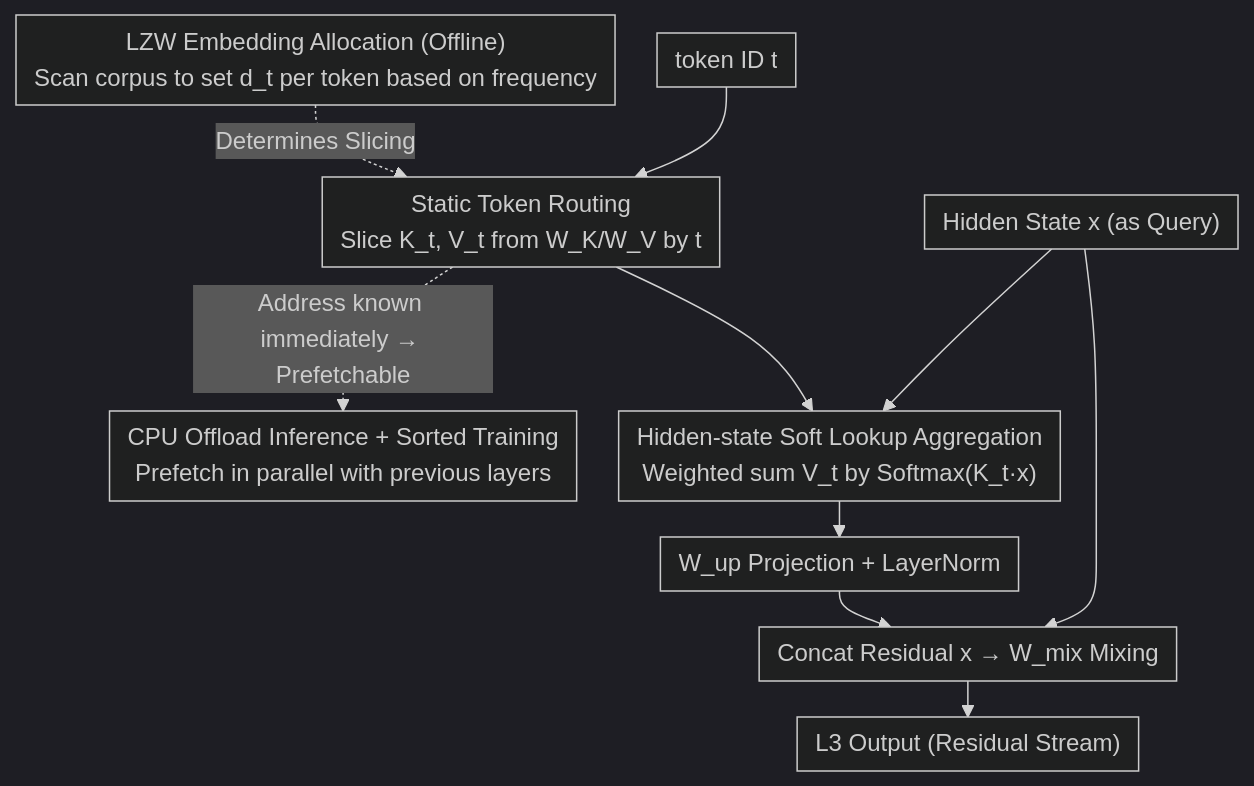
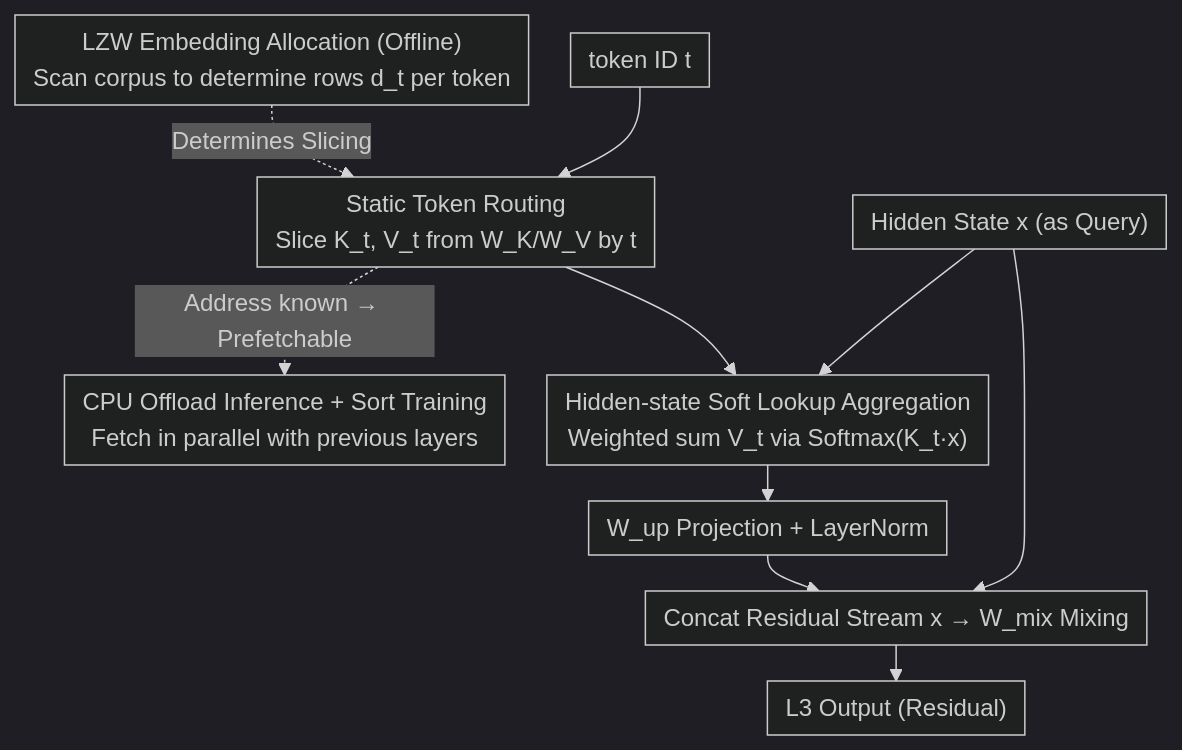
One commit to zhaoyang97/Paper-Notes-en changed the diagram in docs/ICML2026/llm_efficiency/l3_large_lookup_layers.md. Above: the diagram before and after it, drawn with Mermaid (dark theme). The commit also changed other lines of this file and 5084 other files, not shown here.

````diff
--- a/docs/ICML2026/llm_efficiency/l3_large_lookup_layers.md
+++ b/docs/ICML2026/llm_efficiency/l3_large_lookup_layers.md
@@ -49,16 +49,16 @@
 ```mermaid
 %%{init: {'flowchart': {'rankSpacing': 24, 'nodeSpacing': 28, 'padding': 6, 'wrappingWidth': 400}}}%%
 flowchart TD
-    ALLOC["LZW Embedding Allocation (Offline)<br/>Scan corpus to set d_t per token based on frequency"]
+    ALLOC["LZW Embedding Allocation (Offline)<br/>Scan corpus to determine rows d_t per token"]
     T["token ID t"]
     X["Hidden State x (as Query)"]
     ALLOC -.Determines Slicing.-> ROUTE
     T --> ROUTE["Static Token Routing<br/>Slice K_t, V_t from W_K/W_V by t"]
-    ROUTE -.Address known immediately → Prefetchable.-> OFF["CPU Offload Inference + Sorted Training<br/>Prefetch in parallel with previous layers"]
-    ROUTE --> AGG["Hidden-state Soft Lookup Aggregation<br/>Weighted sum V_t by Softmax(K_t·x)"]
+    ROUTE -.Address known → Prefetchable.-> OFF["CPU Offload Inference + Sort Training<br/>Fetch in parallel with previous layers"]
+    ROUTE --> AGG["Hidden-state Soft Lookup Aggregation<br/>Weighted sum V_t via Softmax(K_t·x)"]
     X --> AGG
     AGG --> UP["W_up Projection + LayerNorm"]
-    UP --> MIX["Concat Residual x → W_mix Mixing"]
+    UP --> MIX["Concat Residual Stream x → W_mix Mixing"]
     X --> MIX
-    MIX --> OUT["L3 Output (Residual Stream)"]
+    MIX --> OUT["L3 Output (Residual)"]
 ```
````
